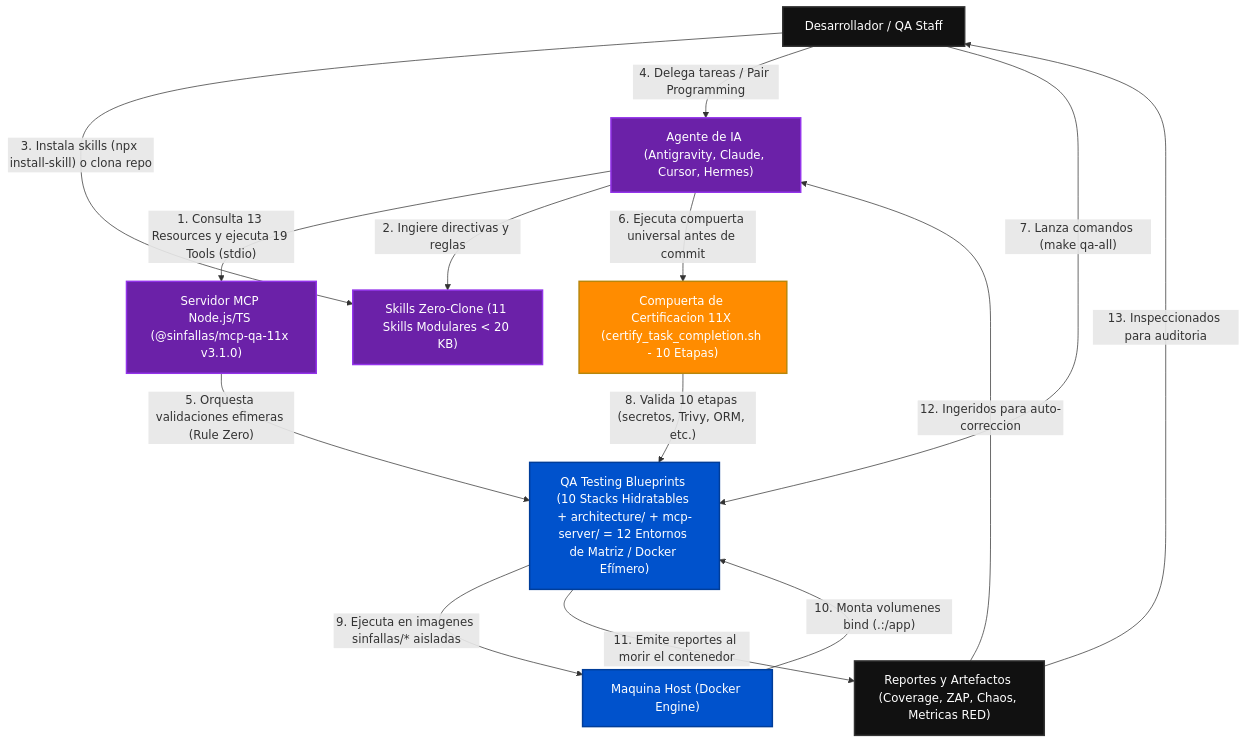
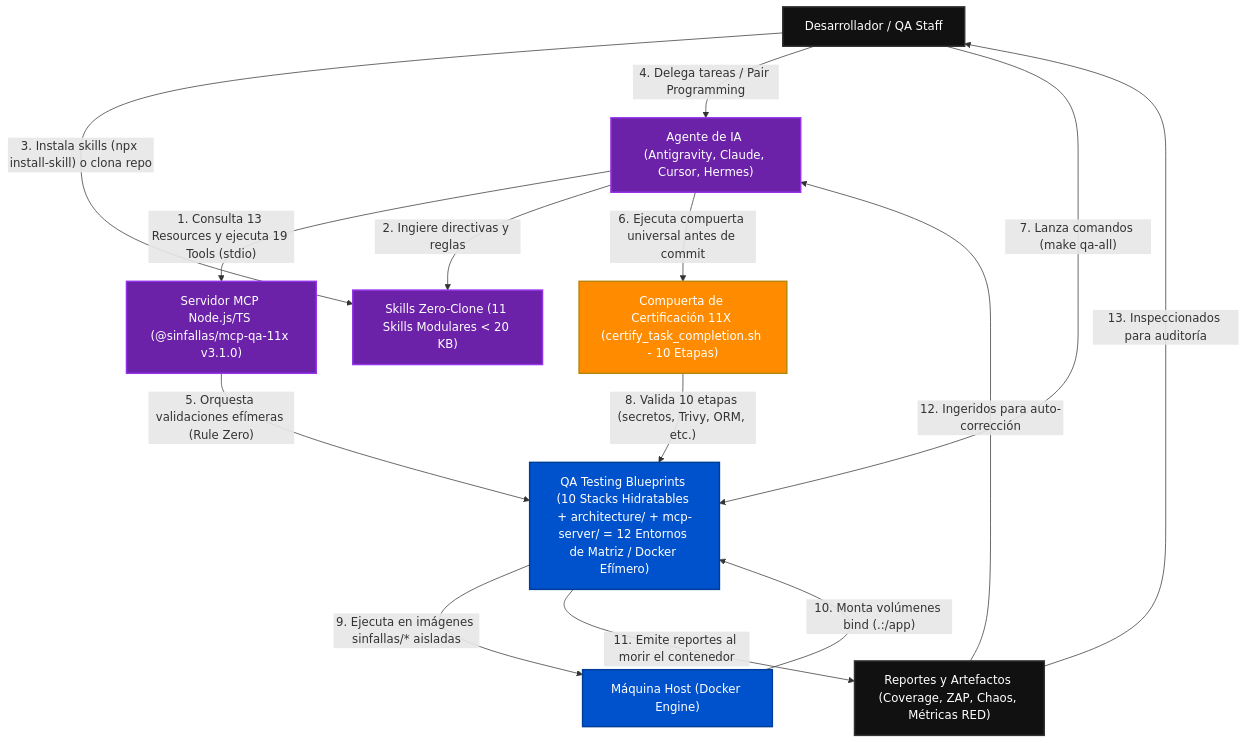
Before and after one commit to tecno-consultores/qa-testing-blueprints: the first of 3 diagrams in docs/ARCHITECTURE_C4.es.md, drawn with Mermaid. The commit also changed other lines of this file and 304 other files, not shown here.

````diff
--- a/docs/ARCHITECTURE_C4.es.md
+++ b/docs/ARCHITECTURE_C4.es.md
@@ -12,33 +12,33 @@
 ```mermaid
 flowchart TD
     Human["Desarrollador / QA Staff"]
     Agent["Agente de IA (Antigravity, Claude, Cursor, Hermes)"]
     MCP["Servidor MCP Node.js/TS (@sinfallas/mcp-qa-11x v3.1.0)"]
     Skill["Skills Zero-Clone (11 Skills Modulares < 20 KB)"]
-    Gate["Compuerta de Certificacion 11X (certify_task_completion.sh - 10 Etapas)"]
+    Gate["Compuerta de Certificación 11X (certify_task_completion.sh - 10 Etapas)"]
     QA["QA Testing Blueprints (10 Stacks Hidratables + architecture/ + mcp-server/ = 12 Entornos de Matriz / Docker Efímero)"]
-    Host["Maquina Host (Docker Engine)"]
-    Reports["Reportes y Artefactos (Coverage, ZAP, Chaos, Metricas RED)"]
+    Host["Máquina Host (Docker Engine)"]
+    Reports["Reportes y Artefactos (Coverage, ZAP, Chaos, Métricas RED)"]
 
     Agent -->|"1. Consulta 13 Resources y ejecuta 19 Tools (stdio)"| MCP
     Agent -->|"2. Ingiere directivas y reglas"| Skill
     Human -->|"3. Instala skills (npx install-skill) o clona repo"| Skill
     Human -->|"4. Delega tareas / Pair Programming"| Agent
-    MCP -->|"5. Orquesta validaciones efimeras (Rule Zero)"| QA
+    MCP -->|"5. Orquesta validaciones efímeras (Rule Zero)"| QA
     Agent -->|"6. Ejecuta compuerta universal antes de commit"| Gate
     Human -->|"7. Lanza comandos (make qa-all)"| QA
     Gate -->|"8. Valida 10 etapas (secretos, Trivy, ORM, etc.)"| QA
-    QA -->|"9. Ejecuta en imagenes sinfallas/* aisladas"| Host
-    Host -->|"10. Monta volumenes bind (.:/app)"| QA
+    QA -->|"9. Ejecuta en imágenes sinfallas/* aisladas"| Host
+    Host -->|"10. Monta volúmenes bind (.:/app)"| QA
     QA -->|"11. Emite reportes al morir el contenedor"| Reports
-    Reports -->|"12. Ingeridos para auto-correccion"| Agent
-    Reports -->|"13. Inspeccionados para auditoria"| Human
+    Reports -->|"12. Ingeridos para auto-corrección"| Agent
+    Reports -->|"13. Inspeccionados para auditoría"| Human
 
     classDef default fill:#111,stroke:#333,stroke-width:2px,color:#fff;
     classDef highlight fill:#0052cc,stroke:#003d99,stroke-width:2px,color:#fff;
     classDef barrier fill:#ff8c00,stroke:#b8860b,stroke-width:2px,color:#fff;
     classDef ai fill:#6b21a8,stroke:#9333ea,stroke-width:2px,color:#fff;
     class QA,Host highlight;
     class Gate barrier;
     class Agent,MCP,Skill ai;
 ```
````
